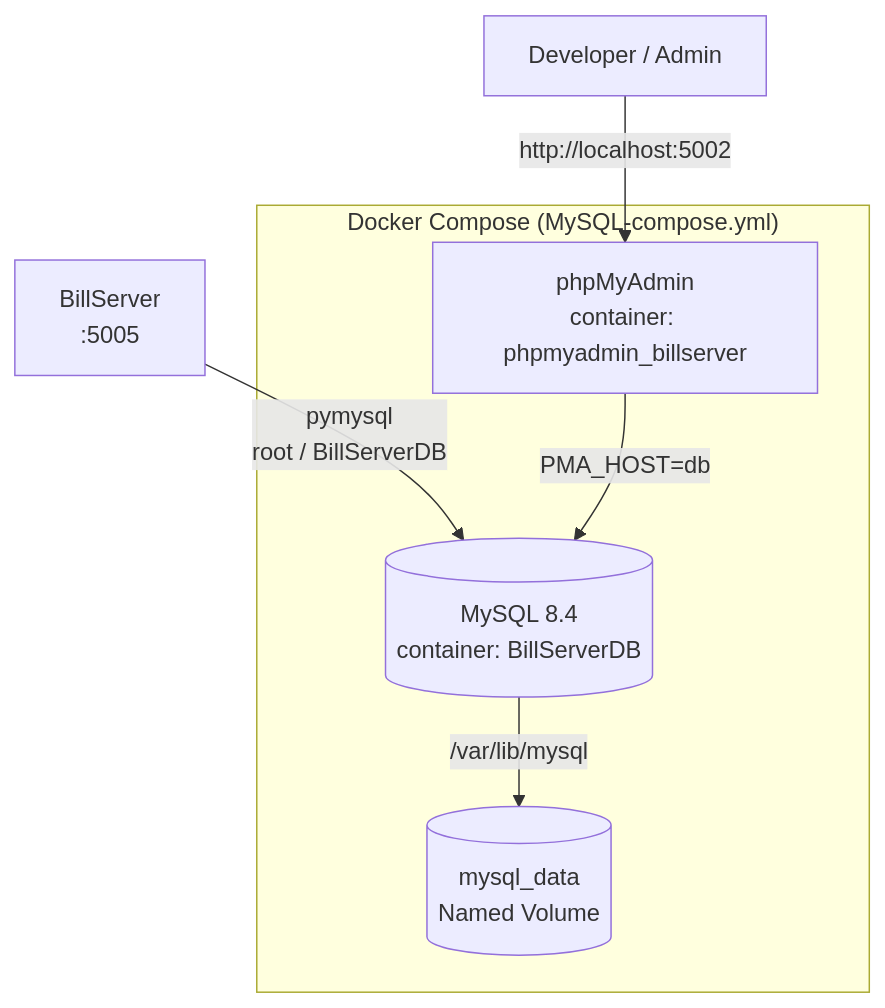
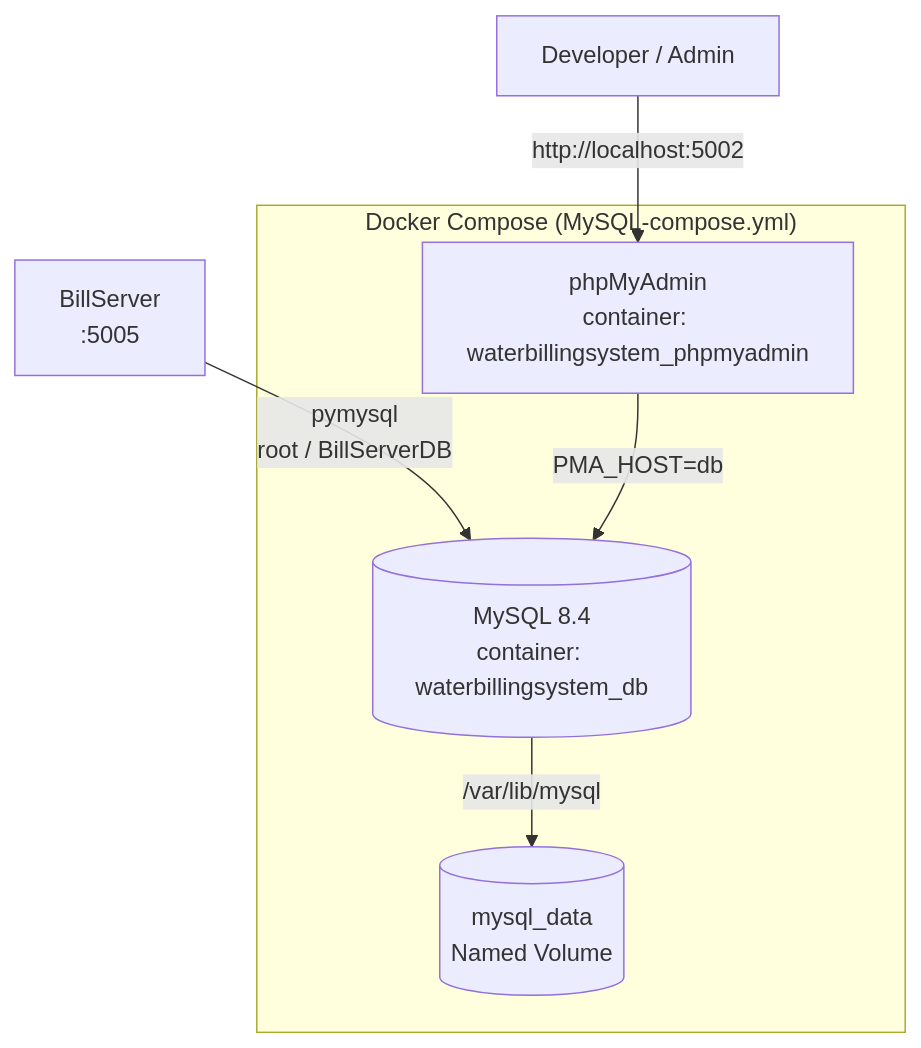
The diagram in documentations/docs/docker/index.md (NovaProtocol/WaterBillingSystem), drawn with Mermaid before and after one commit. The commit also changed other lines of this file and 6 other files, not shown here.

````diff
--- a/documentations/docs/docker/index.md
+++ b/documentations/docs/docker/index.md
@@ -7,13 +7,13 @@
 ```mermaid
 graph TB
     subgraph "Docker Compose (MySQL-compose.yml)"
-        DB[("MySQL 8.4<br/>container: BillServerDB")]
-        PHPMYADMIN["phpMyAdmin<br/>container: phpmyadmin_billserver"]
+        DB[("MySQL 8.4<br/>container: waterbillingsystem_db")]
+        PHPMYADMIN["phpMyAdmin<br/>container: waterbillingsystem_phpmyadmin"]
         VOL[(mysql_data<br/>Named Volume)]
     end
 
     BILL["BillServer<br/>:5005"] -->|"pymysql<br/>root / BillServerDB"| DB
     USER["Developer / Admin"] -->|"http://localhost:5002"| PHPMYADMIN
     DB -->|"/var/lib/mysql"| VOL
     PHPMYADMIN -->|"PMA_HOST=db"| DB
 ```
````
